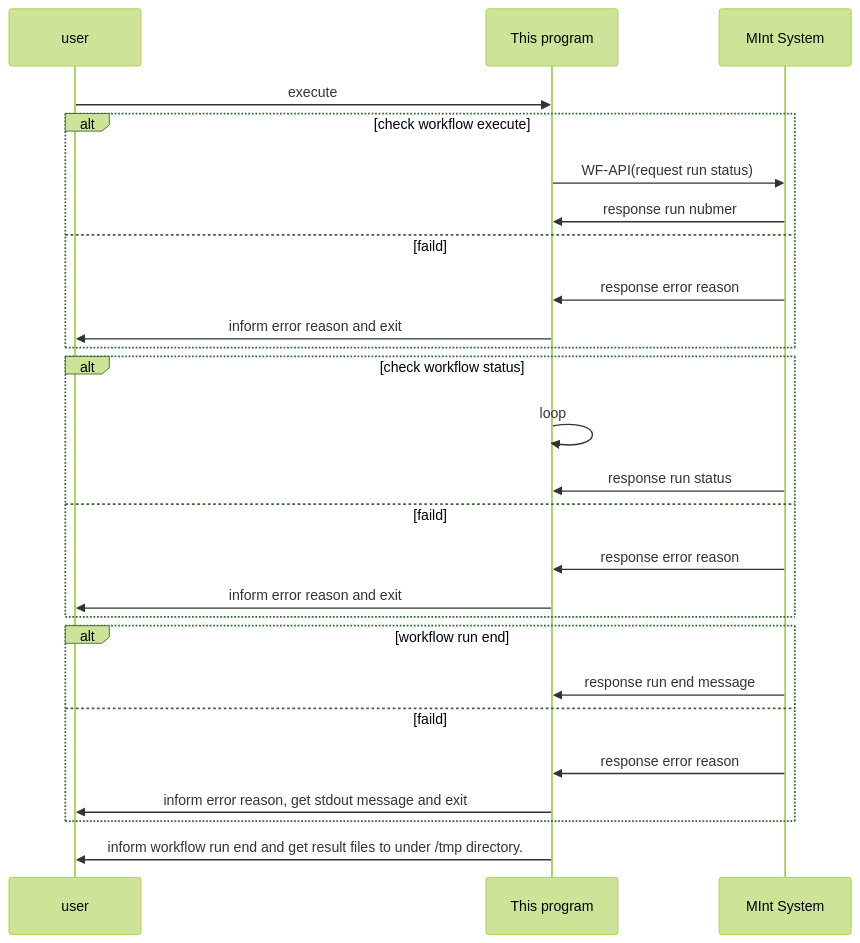
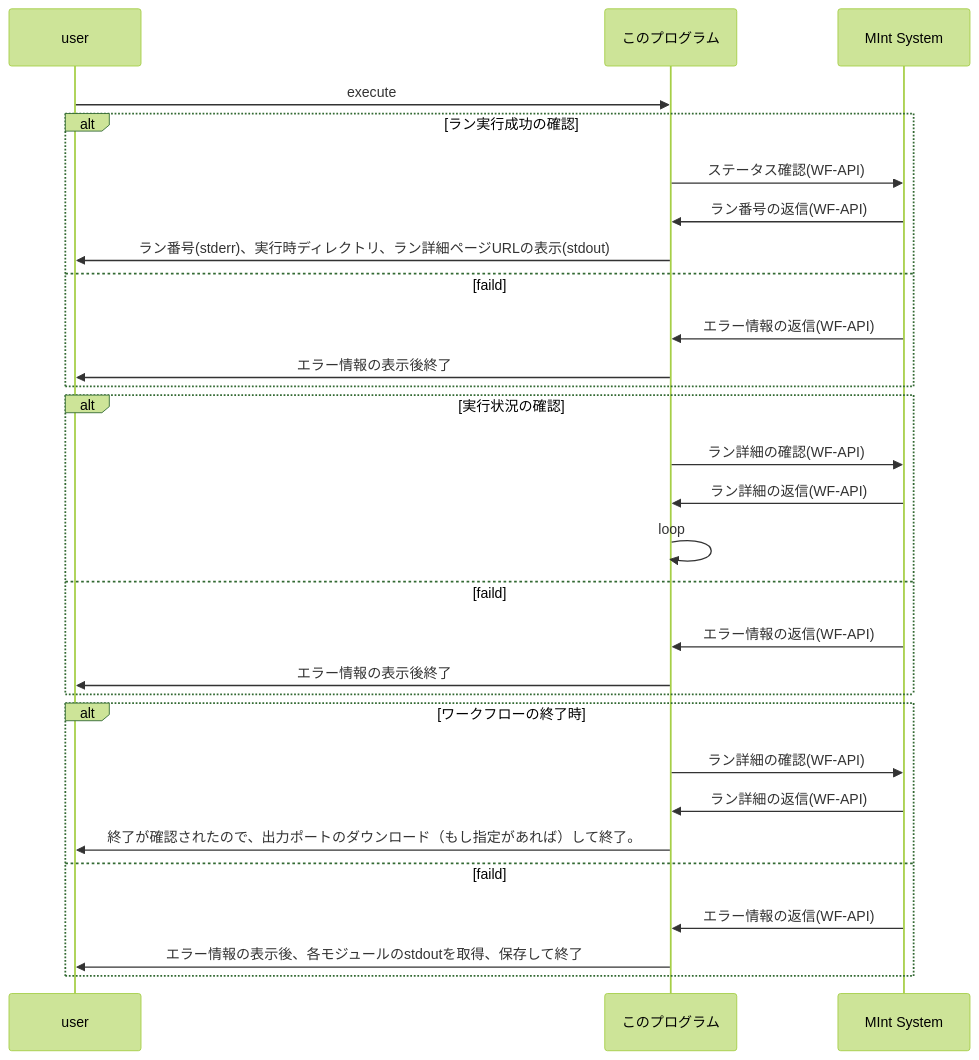
The diagram in README.md (materialsintegration/workflow_python_lib), drawn with Mermaid (forest theme) before and after one commit. The commit also changed other lines of this file, not shown here.

Commit message:
issue #24に先行してREADMEを改訂しておく

````diff
--- a/README.md
+++ b/README.md
@@ -181,30 +181,33 @@
 ```mermaid
 sequenceDiagram;
 
 participant A as user
-participant B as This program
+participant B as このプログラム
 participant C as MInt System
 
 A->>B:execute
-alt check workflow execute
-  B->>C:WF-API(request run status)
-  C->>B:response run nubmer
+alt ラン実行成功の確認
+  B->>C:ステータス確認(WF-API)
+  C->>B:ラン番号の返信(WF-API)
+  B->>A:ラン番号(stderr)、実行時ディレクトリ、ラン詳細ページURLの表示(stdout)
 else faild
-  C->>B:response error reason
-  B->>A:inform error reason and exit
+  C->>B:エラー情報の返信(WF-API)
+  B->>A:エラー情報の表示後終了
 end
-alt check workflow status
-   B->>B:loop
-   C->>B:response run status
+alt 実行状況の確認
+  B->>C:ラン詳細の確認(WF-API)
+  C->>B:ラン詳細の返信(WF-API)
+  B->>B:loop
 else faild
-   C->>B:response error reason
-   B->>A:inform error reason and exit
+  C->>B:エラー情報の返信(WF-API)
+  B->>A:エラー情報の表示後終了
 end
-alt workflow run end
-  C->>B:response run end message
+alt ワークフローの終了時
+  B->>C:ラン詳細の確認(WF-API)
+  C->>B:ラン詳細の返信(WF-API)
+  B->>A:終了が確認されたので、出力ポートのダウンロード（もし指定があれば）して終了。
 else faild
-  C->>B:response error reason
-  B->>A:inform error reason, get stdout message and exit
+  C->>B:エラー情報の返信(WF-API)
+  B->>A:エラー情報の表示後、各モジュールのstdoutを取得、保存して終了
 end
-B->>A:inform workflow run end and get result files to under /tmp directory.
 ```
````
